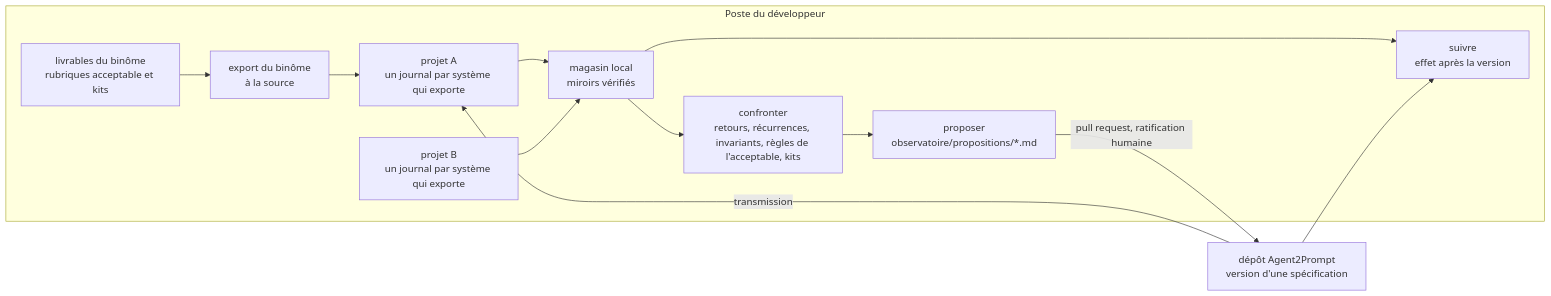
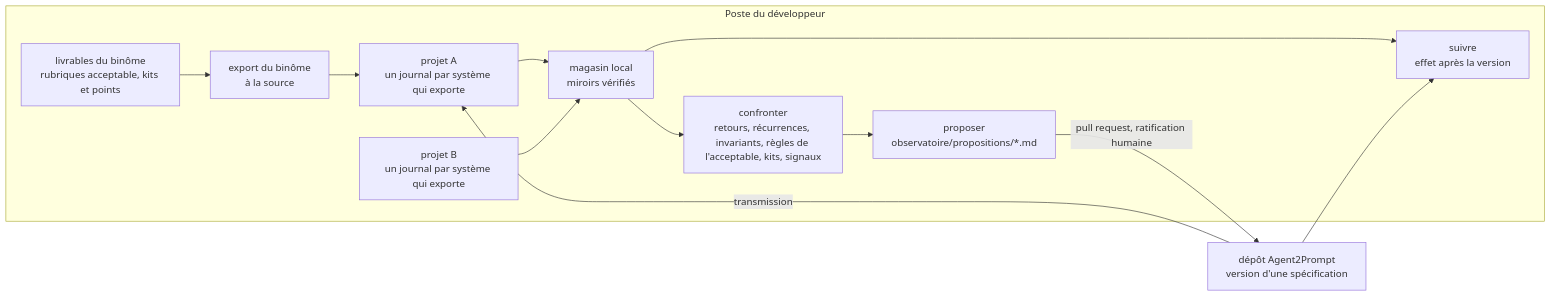
One commit to FredGarcia/Agent2Prompt changed the diagram in specs/observatoire/SKILL.md. Above: the diagram before and after it, drawn with Mermaid. The commit also changed other lines of this file and 50 other files, not shown here.

````diff
--- a/specs/observatoire/SKILL.md
+++ b/specs/observatoire/SKILL.md
@@ -24,15 +24,15 @@
 ```mermaid
 flowchart LR
   subgraph POSTE["Poste du développeur"]
-    L["livrables du binôme<br/>rubriques acceptable et kits"] --> X["export du binôme<br/>à la source"]
+    L["livrables du binôme<br/>rubriques acceptable, kits et points"] --> X["export du binôme<br/>à la source"]
     X --> A
     A["projet A<br/>un journal par système qui exporte"] --> M["magasin local<br/>miroirs vérifiés"]
     B["projet B<br/>un journal par système qui exporte"] --> M
-    M --> C["confronter<br/>retours, récurrences, invariants, règles de l'acceptable, kits"]
+    M --> C["confronter<br/>retours, récurrences, invariants, règles de l'acceptable, kits, signaux"]
     C --> P["proposer<br/>observatoire/propositions/*.md"]
     M --> S["suivre<br/>effet après la version"]
   end
   P -->|"pull request, ratification humaine"| D["dépôt Agent2Prompt<br/>version d'une spécification"]
   D -->|"transmission"| A
   D --> S
 ```
````
